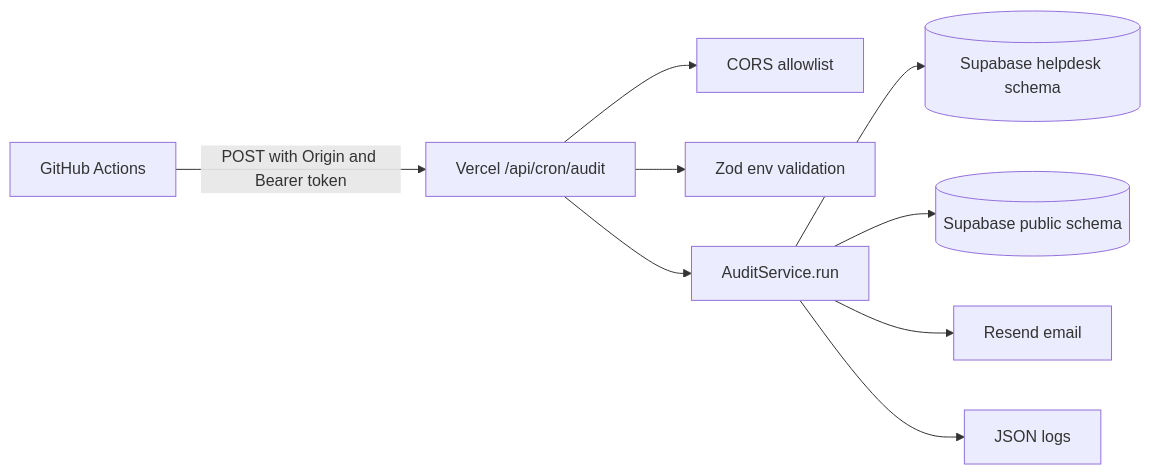
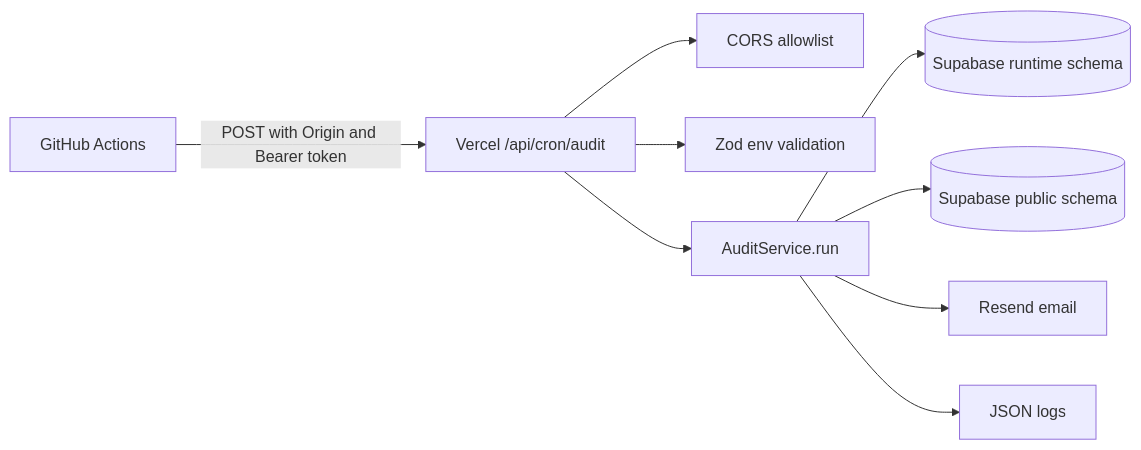
Before and after one commit to vidal-renao/vidal-helpdesk-mcp: the diagram in README.md, drawn with Mermaid. The commit also changed other lines of this file and 6 other files, not shown here.

Commit message:
Use configured Supabase domain schema for audit

````diff
--- a/README.md
+++ b/README.md
@@ -57,11 +57,11 @@
 ```mermaid
 flowchart LR
   GHA[GitHub Actions] -->|POST with Origin and Bearer token| API[Vercel /api/cron/audit]
   API --> CORS[CORS allowlist]
   API --> ENV[Zod env validation]
   API --> SVC[AuditService.run]
-  SVC --> HD[(Supabase helpdesk schema)]
+  SVC --> HD[(Supabase runtime schema)]
   SVC --> PUB[(Supabase public schema)]
   SVC --> RESEND[Resend email]
   SVC --> LOGS[JSON logs]
 ```
````
